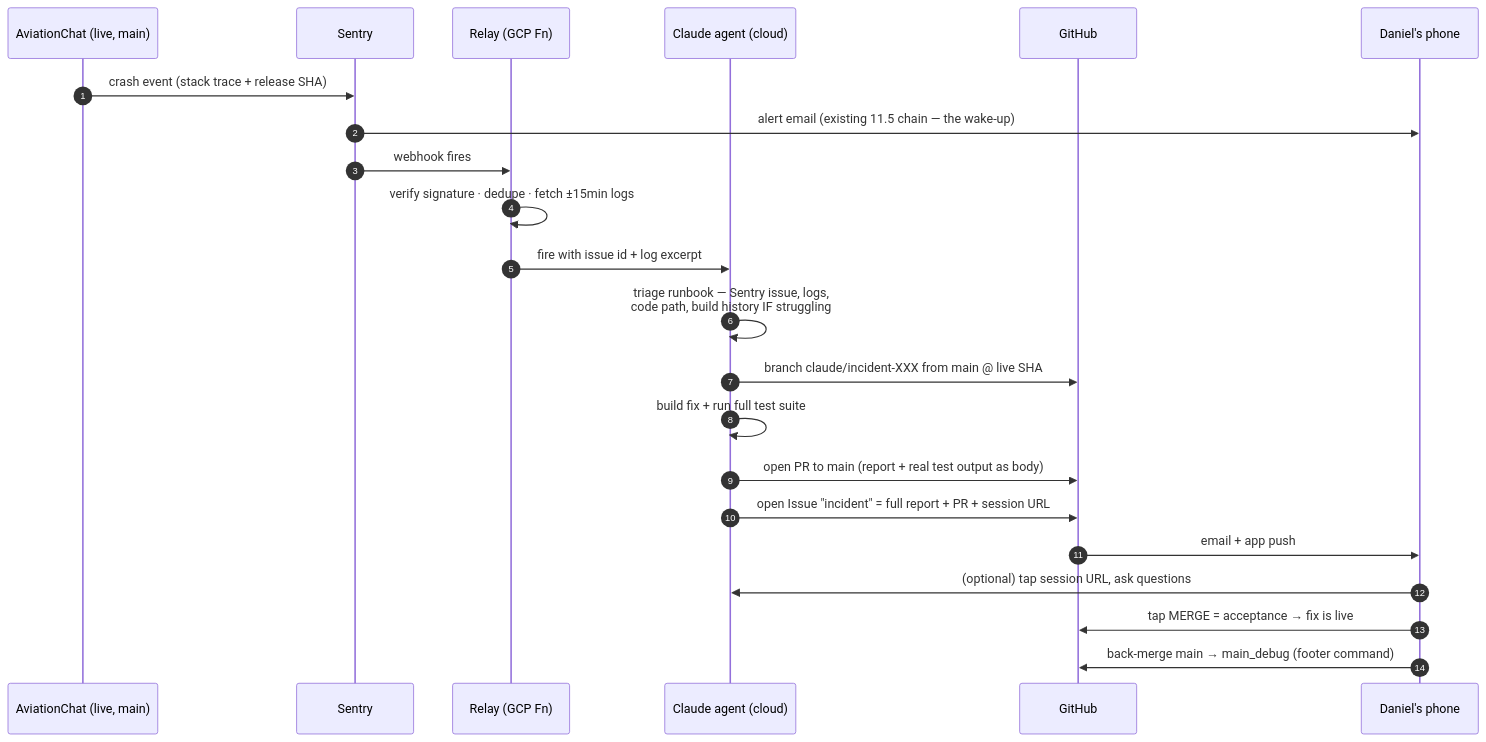
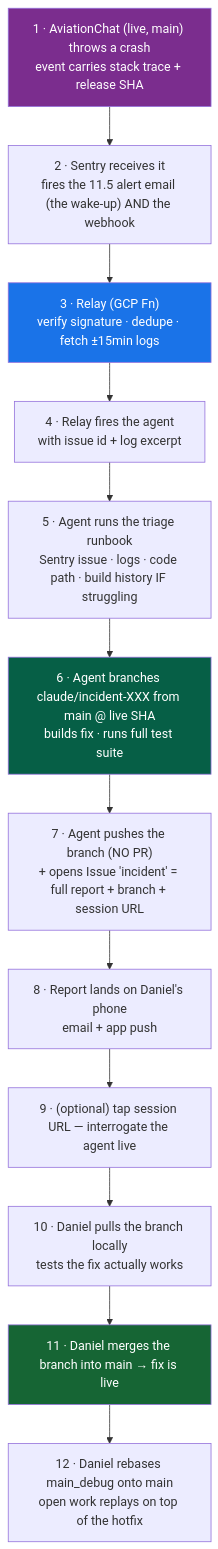
One commit to sudomadhatter/Sudo_Hatter_Command changed the second of 4 diagrams in _my_resources/diagrams_guides/security/sentry_error_response_team.md. Above: the diagram before and after it, drawn with Mermaid. The commit also changed other lines of this file and 7 other files, not shown here.

Commit message:
docs: add project artifacts for Automated Incident Response epic 16, repo-map documentation, and agent index.

````diff
--- a/_my_resources/diagrams_guides/security/sentry_error_response_team.md
+++ b/_my_resources/diagrams_guides/security/sentry_error_response_team.md
@@ -52,25 +56,22 @@
 ```mermaid
-sequenceDiagram
-    autonumber
-    participant App as AviationChat (live, main)
-    participant Sen as Sentry
-    participant Rel as Relay (GCP Fn)
-    participant Agent as Claude agent (cloud)
-    participant GH as GitHub
-    participant Dan as Daniel's phone
+flowchart TD
+    A["1 · AviationChat (live, main) throws a crash<br/>event carries stack trace + release SHA"]
+    B["2 · Sentry receives it<br/>fires the 11.5 alert email (the wake-up) AND the webhook"]
+    C["3 · Relay (GCP Fn)<br/>verify signature · dedupe · fetch ±15min logs"]
+    D["4 · Relay fires the agent<br/>with issue id + log excerpt"]
+    E["5 · Agent runs the triage runbook<br/>Sentry issue · logs · code path · build history IF struggling"]
+    F["6 · Agent branches claude/incident-XXX from main @ live SHA<br/>builds fix · runs full test suite"]
+    G["7 · Agent pushes the branch (NO PR)<br/>+ opens Issue 'incident' = full report + branch + session URL"]
+    H["8 · Report lands on Daniel's phone<br/>email + app push"]
+    I["9 · (optional) tap session URL — interrogate the agent live"]
+    J["10 · Daniel pulls the branch locally<br/>tests the fix actually works"]
+    K["11 · Daniel merges the branch into main → fix is live"]
+    L["12 · Daniel rebases main_debug onto main<br/>open work replays on top of the hotfix"]
 
-    App->>Sen: crash event (stack trace + release SHA)
-    Sen->>Dan: alert email (existing 11.5 chain — the wake-up)
-    Sen->>Rel: webhook fires
-    Rel->>Rel: verify signature · dedupe · fetch ±15min logs
-    Rel->>Agent: fire with issue id + log excerpt
-    Agent->>Agent: triage runbook — Sentry issue, logs,<br/>code path, build history IF struggling
-    Agent->>GH: branch claude/incident-XXX from main @ live SHA
-    Agent->>Agent: build fix + run full test suite
-    Agent->>GH: open PR to main (report + real test output as body)
-    Agent->>GH: open Issue "incident" = full report + PR + session URL
-    GH->>Dan: email + app push
-    Dan->>Agent: (optional) tap session URL, ask questions
-    Dan->>GH: tap MERGE = acceptance → fix is live
-    Dan->>GH: back-merge main → main_debug (footer command)
+    A --> B --> C --> D --> E --> F --> G --> H --> I --> J --> K --> L
+
+    style A fill:#7b2d8e,color:#fff
+    style C fill:#1a73e8,color:#fff
+    style F fill:#065f46,color:#fff
+    style K fill:#166534,color:#fff
 ```
````
